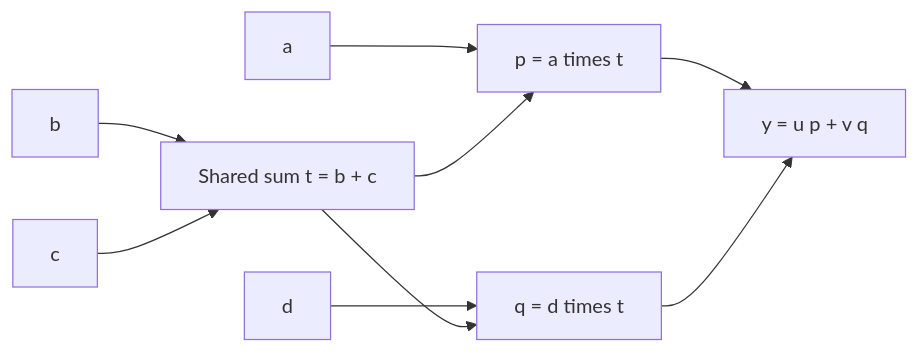
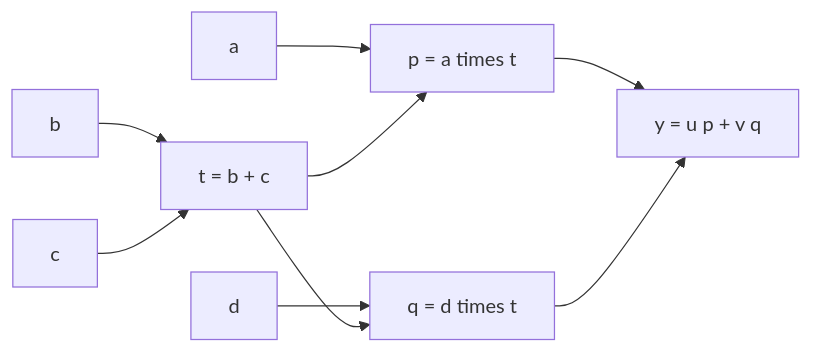
The second of 2 diagrams in basis_aligned/polynomial_causal/explanations/for_logan/research_update_2026-09-21_0104_full_coverage_and_shared_baselines.md (loganriggs/tensor_language), drawn with Mermaid before and after one commit. The commit also changed other lines of this file and 2 other files, not shown here.

````diff
--- a/basis_aligned/polynomial_causal/explanations/for_logan/research_update_2026-09-21_0104_full_coverage_and_shared_baselines.md
+++ b/basis_aligned/polynomial_causal/explanations/for_logan/research_update_2026-09-21_0104_full_coverage_and_shared_baselines.md
@@ -109,11 +113,11 @@
 ```mermaid
 flowchart LR
-    B[b] --> T[Shared sum t = b + c]
+    B[b] --> T[t = b + c]
     C[c] --> T
     A[a] --> P[p = a times t]
     T --> P
     D[d] --> Q[q = d times t]
     T --> Q
     P --> Y[y = u p + v q]
     Q --> Y
 ```
````
